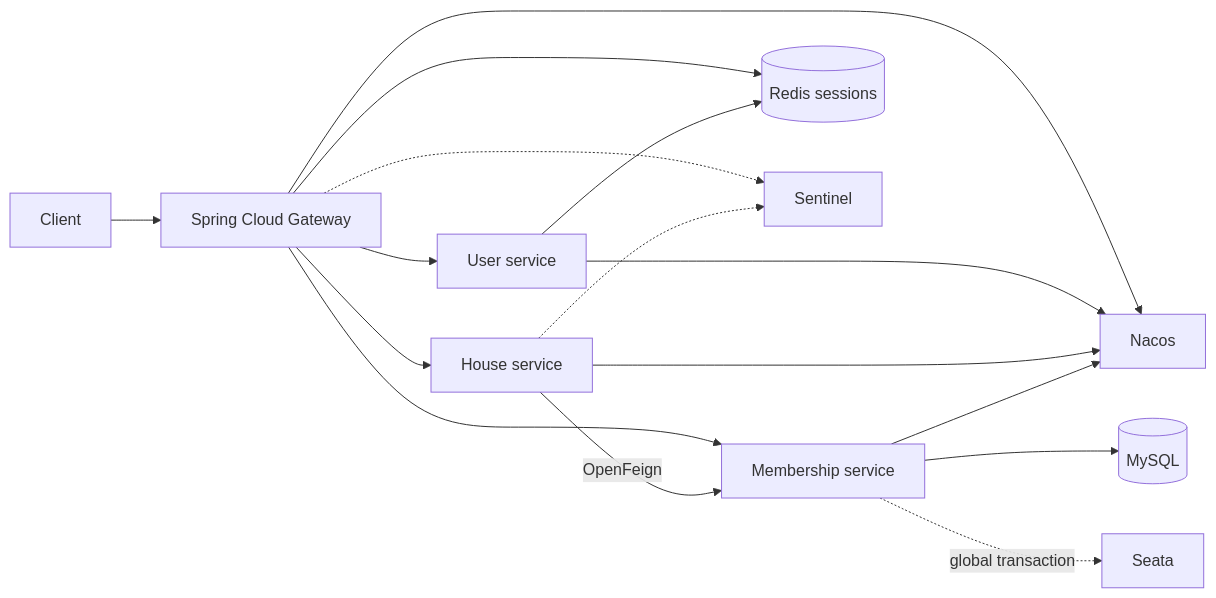
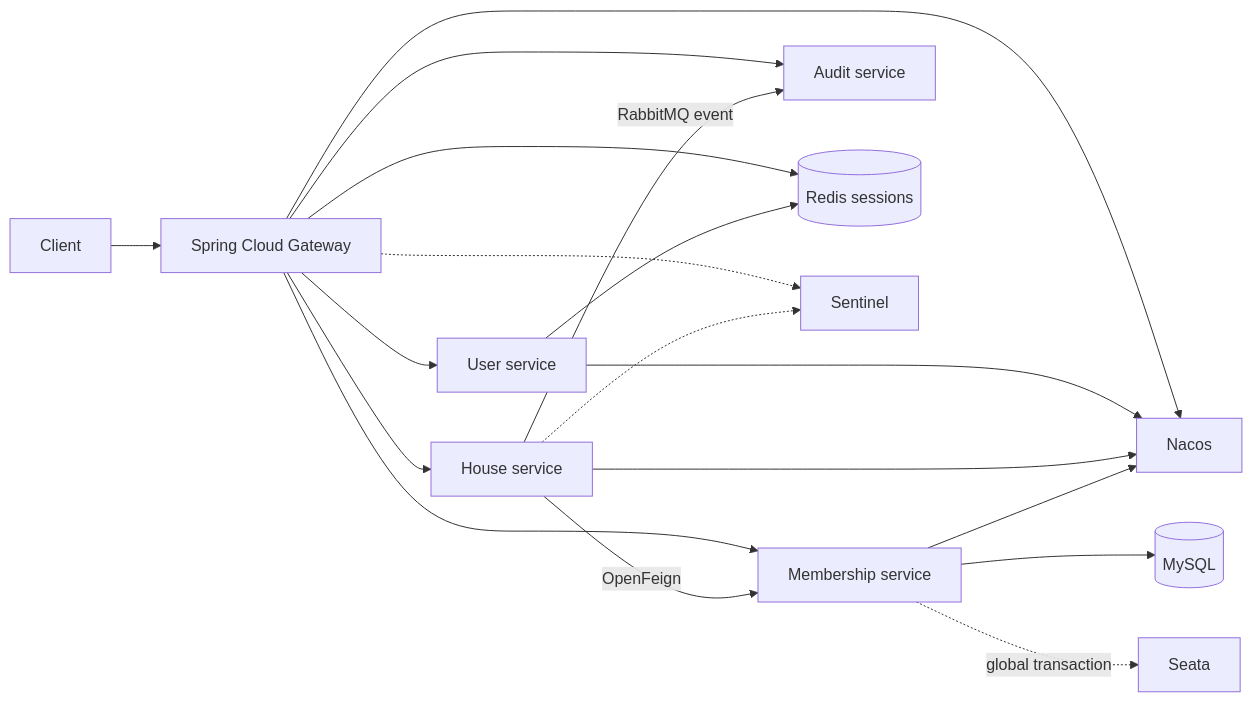
One commit to longyiwenzi-dotcom/zhongjiebang_app changed the diagram in backend/cloud-demo/README.md. Above: the diagram before and after it, drawn with Mermaid. The commit also changed other lines of this file and 20 other files, not shown here.

````diff
--- a/backend/cloud-demo/README.md
+++ b/backend/cloud-demo/README.md
@@ -15,13 +16,15 @@
 ```mermaid
 flowchart LR
     Client --> Gateway[Spring Cloud Gateway]
     Gateway --> User[User service]
     Gateway --> House[House service]
     Gateway --> Member[Membership service]
+    Gateway --> Audit[Audit service]
     House -->|OpenFeign| Member
     Gateway & User --> Redis[(Redis sessions)]
     Member --> MySQL[(MySQL)]
+    House -->|RabbitMQ event| Audit
     Gateway & House -.-> Sentinel[Sentinel]
     Gateway & User & House & Member --> Nacos[Nacos]
     Member -. global transaction .-> Seata[Seata]
 ```
````
